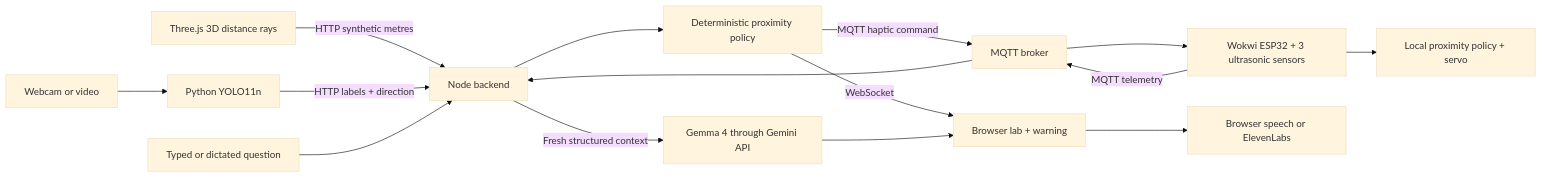
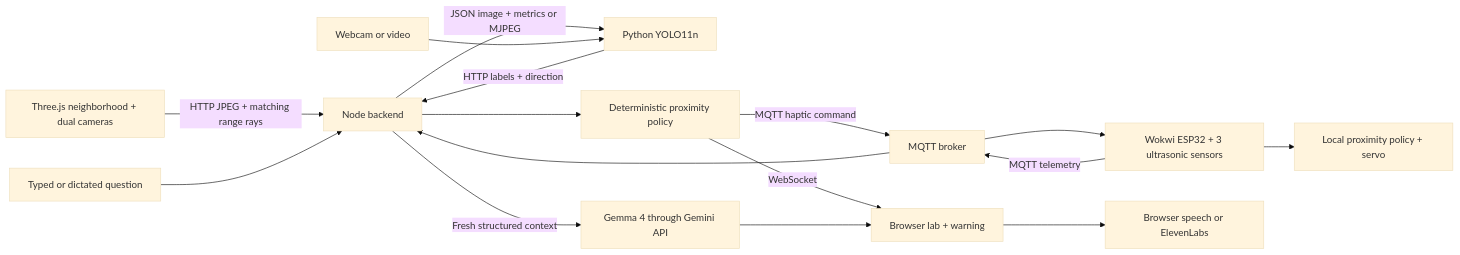
The diagram in docs/00-architecture.md (hyper-ayoub/Fatal-404), drawn with Mermaid (base theme) before and after one commit. The commit also changed other lines of this file and 67 other files, not shown here.

````diff
--- a/docs/00-architecture.md
+++ b/docs/00-architecture.md
@@ -5,17 +5,18 @@
 ```mermaid
 flowchart LR
-  SIM[Three.js 3D distance rays] -->|HTTP synthetic metres| API[Node backend]
+  SIM[Three.js neighborhood + dual cameras] -->|HTTP JPEG + matching range rays| API[Node backend]
+  API -->|JSON image + metrics or MJPEG| YOLO
   ESP[Wokwi ESP32 + 3 ultrasonic sensors] -->|MQTT telemetry| BROKER[MQTT broker]
   BROKER --> API
   ESP --> LOCAL[Local proximity policy + servo]
   CAM[Webcam or video] --> YOLO[Python YOLO11n]
   YOLO -->|HTTP labels + direction| API
   API --> POLICY[Deterministic proximity policy]
   POLICY -->|WebSocket| UI[Browser lab + warning]
   POLICY -->|MQTT haptic command| BROKER
   BROKER --> ESP
   QUESTION[Typed or dictated question] --> API
   API -->|Fresh structured context| GEMMA[Gemma 4 through Gemini API]
   GEMMA --> UI
   UI --> VOICE[Browser speech or ElevenLabs]
 ```
````
